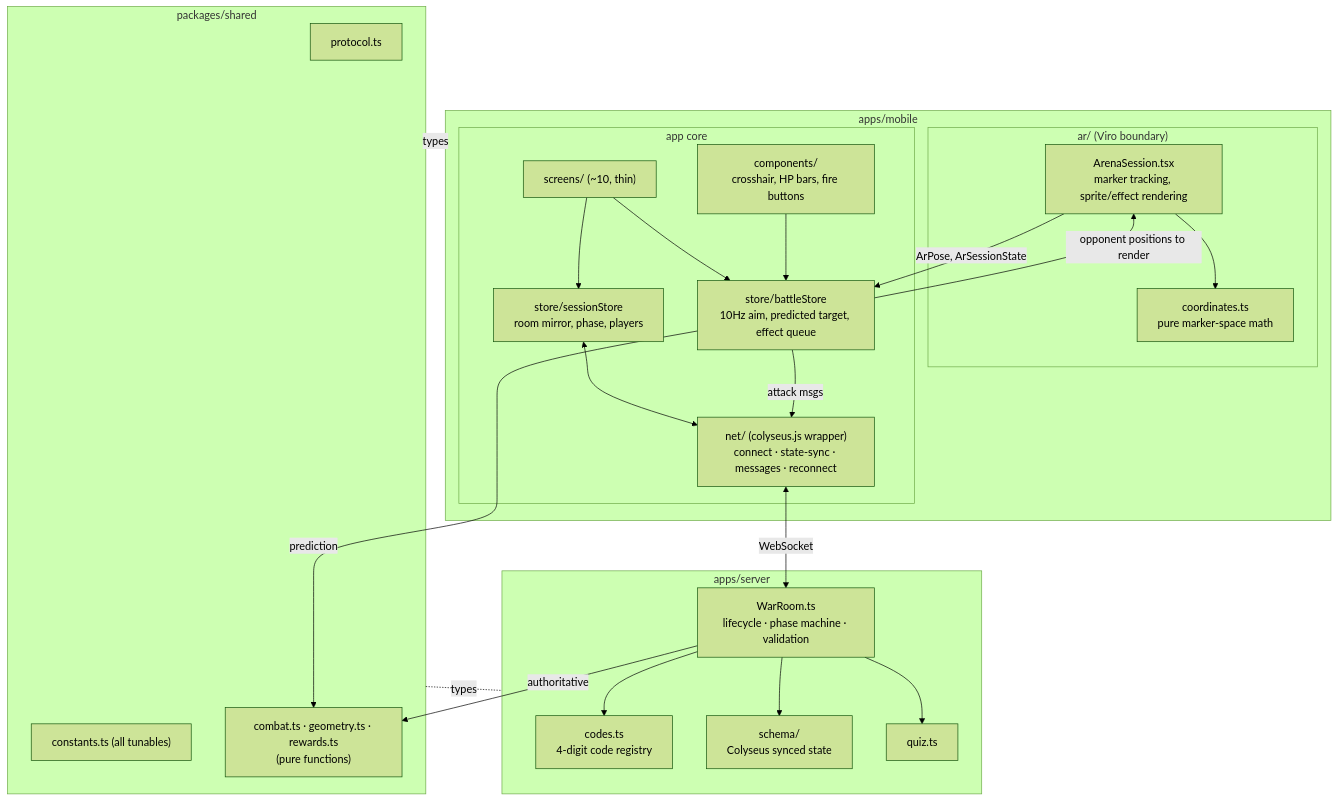
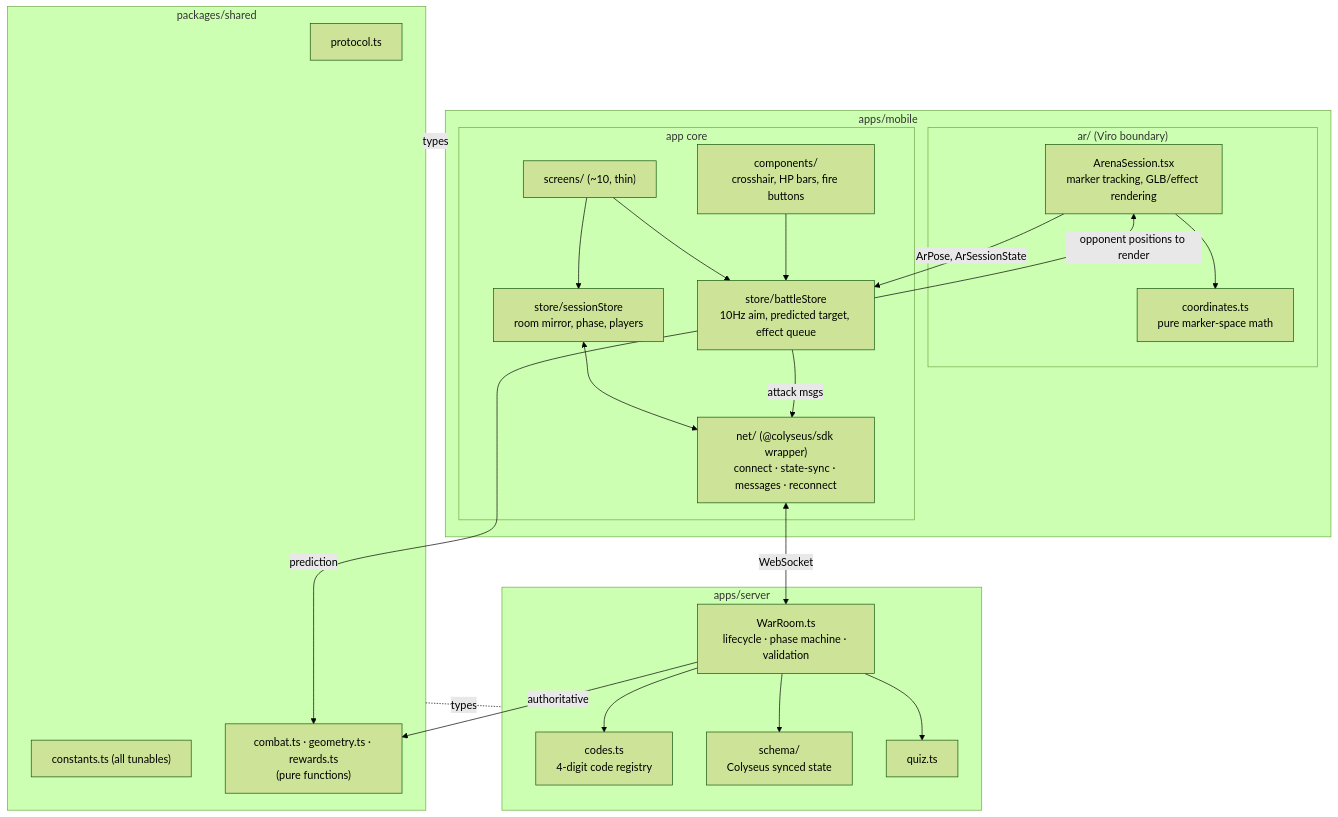
The second of 8 diagrams in ARCHITECTURE.md (Vaibtan/CodexWars), drawn with Mermaid (forest theme) before and after one commit. The commit also changed other lines of this file and 13 other files, not shown here.

Commit message:
docs: lock P0 GLB architecture

````diff
--- a/ARCHITECTURE.md
+++ b/ARCHITECTURE.md
@@ -55,42 +55,42 @@
 ```mermaid
 flowchart TB
     subgraph MOBILE["apps/mobile"]
         subgraph AR["ar/ (Viro boundary)"]
-            SESSION["ArenaSession.tsx<br/>marker tracking, sprite/effect rendering"]
+            SESSION["ArenaSession.tsx<br/>marker tracking, GLB/effect rendering"]
             COORD["coordinates.ts<br/>pure marker-space math"]
         end
         subgraph CORE["app core"]
             SCREENS["screens/ (~10, thin)"]
             SSTORE["store/sessionStore<br/>room mirror, phase, players"]
             BSTORE["store/battleStore<br/>10Hz aim, predicted target, effect queue"]
-            NET["net/ (colyseus.js wrapper)<br/>connect · state-sync · messages · reconnect"]
+            NET["net/ (@colyseus/sdk wrapper)<br/>connect · state-sync · messages · reconnect"]
             HUD["components/<br/>crosshair, HP bars, fire buttons"]
         end
     end
 
     subgraph SERVER["apps/server"]
         CODES["codes.ts<br/>4-digit code registry"]
         ROOM["WarRoom.ts<br/>lifecycle · phase machine · validation"]
         SCHEMA["schema/<br/>Colyseus synced state"]
         QUIZ["quiz.ts"]
     end
 
     subgraph SHARED["packages/shared"]
         PROTO["protocol.ts"]
         CONST["constants.ts (all tunables)"]
         COMBAT["combat.ts · geometry.ts · rewards.ts<br/>(pure functions)"]
     end
 
     SESSION --> COORD
     SESSION -->|"ArPose, ArSessionState"| BSTORE
     BSTORE -->|"opponent positions to render"| SESSION
     SCREENS --> SSTORE & BSTORE
     HUD --> BSTORE
     SSTORE <--> NET
     BSTORE -->|attack msgs| NET
     NET <-->|"WebSocket"| ROOM
     ROOM --> SCHEMA & CODES & QUIZ
     ROOM -->|authoritative| COMBAT
     BSTORE -->|prediction| COMBAT
     SHARED -.types.- MOBILE & SERVER
 ```
````
